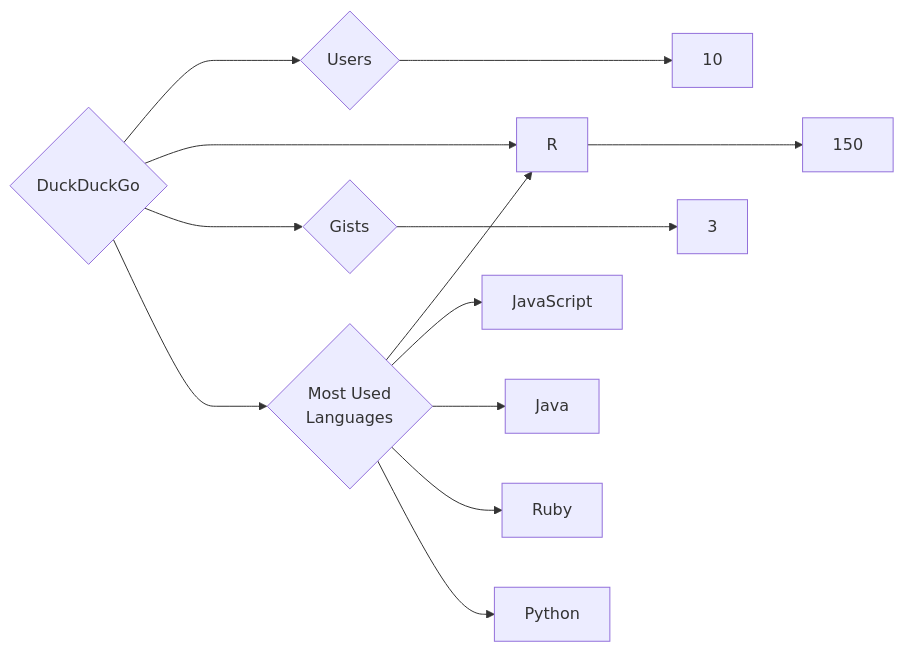
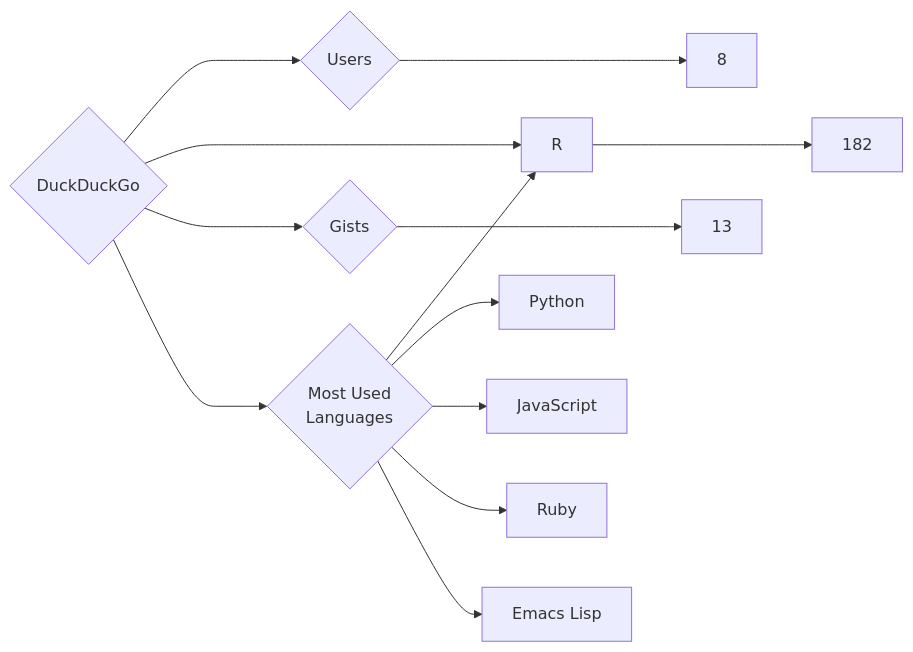
The diagram in targets/DuckDuckGo/README.md (trickest/insiders), drawn with Mermaid before and after one commit. The commit also changed 559 other files, not shown here.

````diff
--- a/targets/DuckDuckGo/README.md
+++ b/targets/DuckDuckGo/README.md
@@ -3,13 +3,13 @@
 ```mermaid
 graph LR
 COMPANY_NAME{DuckDuckGo}
-COMPANY_NAME ---> U{Users} ---> UN[10]
-COMPANY_NAME ---> R{Repositories} ---> RN[150]
-COMPANY_NAME ---> G{Gists} ---> GN[3]
+COMPANY_NAME ---> U{Users} ---> UN[8]
+COMPANY_NAME ---> R{Repositories} ---> RN[182]
+COMPANY_NAME ---> G{Gists} ---> GN[13]
 COMPANY_NAME ---> ML{Most Used<br>Languages}
 ML --> R[R]
+ML --> Python[Python]
 ML --> JavaScript[JavaScript]
-ML --> Java[Java]
 ML --> Ruby[Ruby]
-ML --> Python[Python]
+ML --> Emacs_Lisp[Emacs Lisp]
 ```
````
